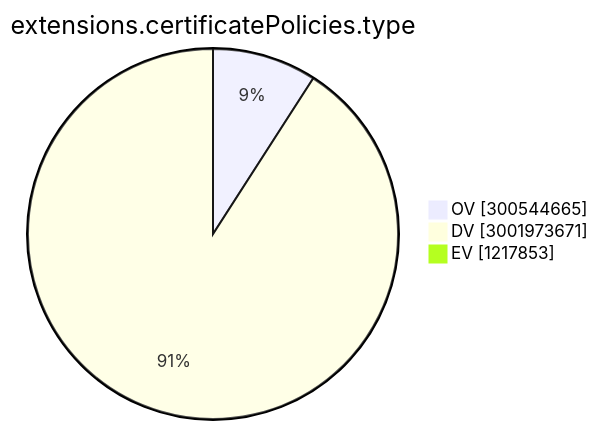
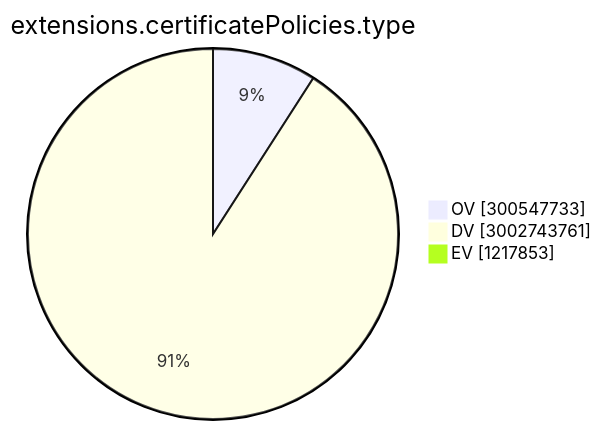
The ninth of 15 diagrams in TOTAL/README.md (christiankrug/ctmonitor_visualization), drawn with Mermaid before and after one commit. The commit also changed other lines of this file, not shown here.

````diff
--- a/TOTAL/README.md
+++ b/TOTAL/README.md
@@ -3102,7 +3102,7 @@
 ```mermaid
 pie showData
 title extensions.certificatePolicies.type
-"OV" :300544665
-"DV" :3001973671
+"OV" :300547733
+"DV" :3002743761
 "EV" :1217853
 ```
````
